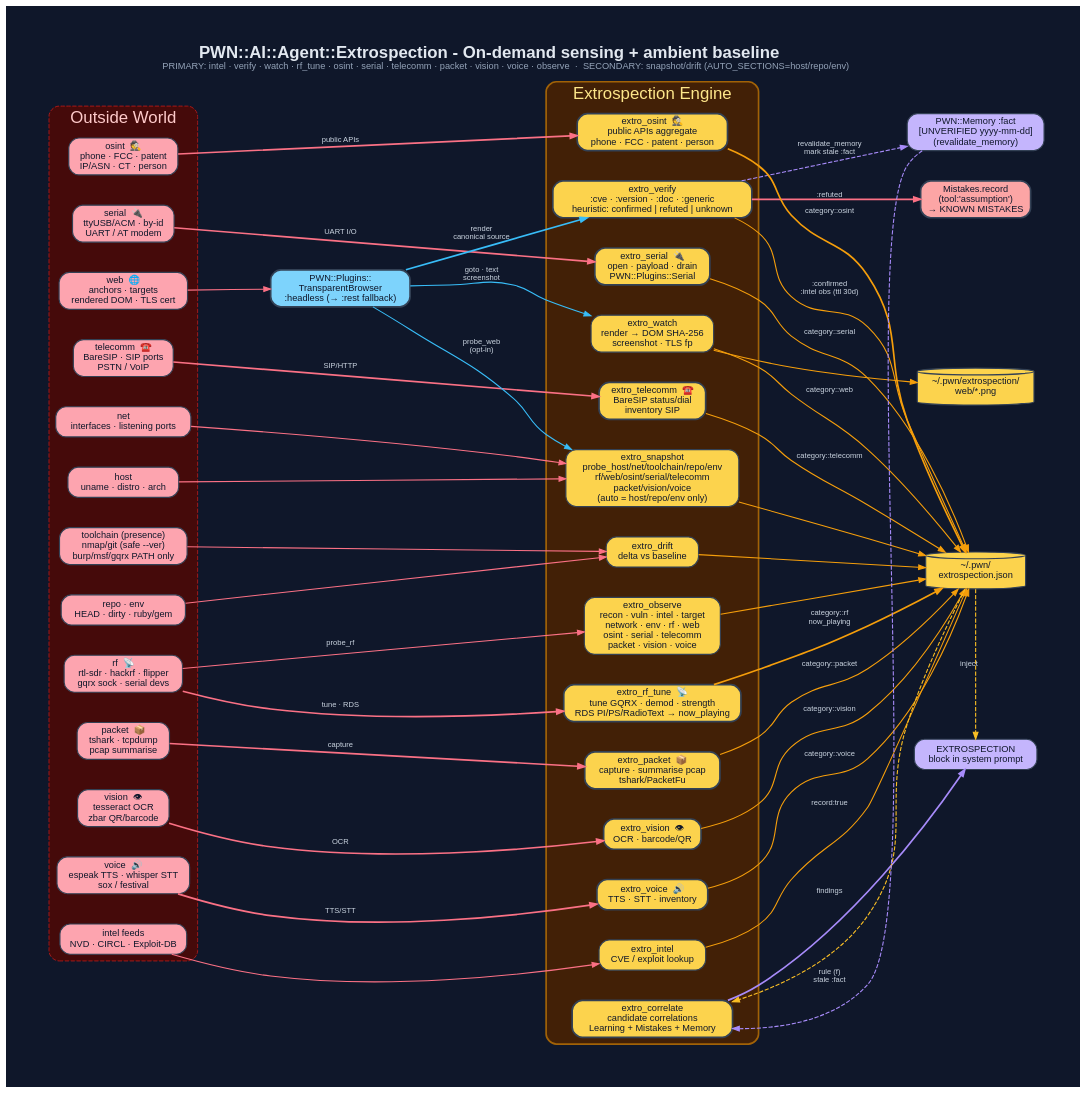
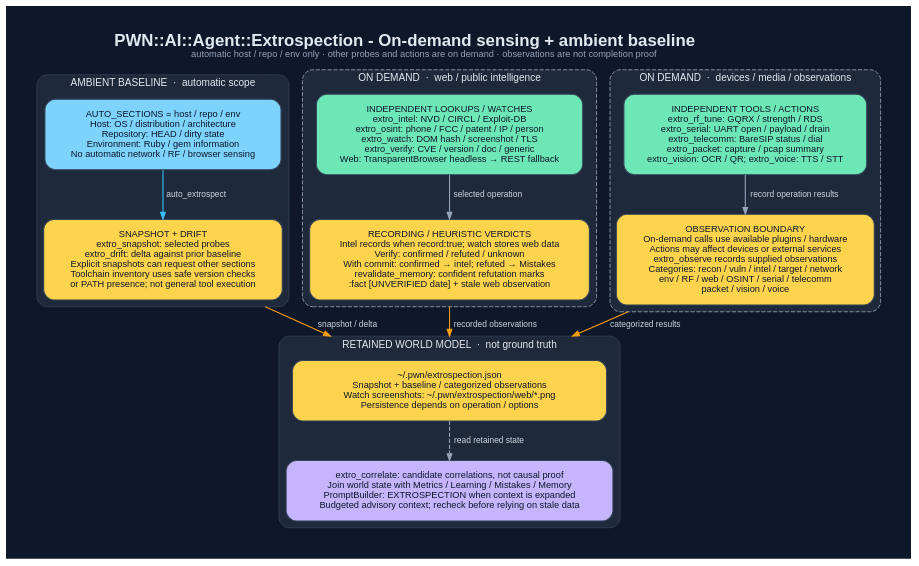
Before and after one commit to 0dayInc/pwn: the diagram in documentation/diagrams/dot/extrospection-world-awareness.dot, drawn with Graphviz. The commit also changed 12 other files, not shown here.

```diff
--- a/documentation/diagrams/dot/extrospection-world-awareness.dot
+++ b/documentation/diagrams/dot/extrospection-world-awareness.dot
@@ -1,105 +1,50 @@
 digraph "PWN_Extrospection" {
   graph [
-    label=<<B>PWN::AI::Agent::Extrospection - On-demand sensing + ambient baseline</B><BR/><FONT POINT-SIZE="11" COLOR="#94a3b8">PRIMARY: intel · verify · watch · rf_tune · osint · serial · telecomm · packet · vision · voice · observe  ·  SECONDARY: snapshot/drift (AUTO_SECTIONS=host/repo/env)</FONT>>,
+    label=<<B>PWN::AI::Agent::Extrospection - On-demand sensing + ambient baseline</B><BR/><FONT POINT-SIZE="11" COLOR="#94a3b8">automatic host / repo / env only · other probes and actions are on demand · observations are not completion proof</FONT>>,
     labelloc=t, fontsize=20, fontname="Helvetica",
-    rankdir=LR, splines=spline, nodesep=0.5, ranksep=1.3,
-    bgcolor="#0f172a", fontcolor="#e2e8f0", pad=0.6, newrank=true
+    rankdir=TB, splines=polyline, nodesep=0.45, ranksep=0.5,
+    bgcolor="#0f172a", fontcolor="#e2e8f0", pad=0.4, newrank=true, compound=true
   ];
   node [fontname="Helvetica", fontsize=11, style="filled,rounded",
-        shape=box, penwidth=1.4, color="#334155", fontcolor="#0f172a"];
-  edge [fontname="Helvetica", fontsize=9, color="#94a3b8",
+        shape=box, penwidth=1.3, color="#334155", fontcolor="#0f172a",
+        fillcolor="#fcd34d", margin="0.22,0.16", width=3.8];
+  edge [fontname="Helvetica", fontsize=10, color="#94a3b8",
         fontcolor="#cbd5e1", penwidth=1.3, arrowsize=0.8];
 
-  /* col 0 ─ world */
-  subgraph cluster_world {
-    label="Outside World"; fontcolor="#fecaca"; style="rounded,dashed";
-    color="#b91c1c"; bgcolor="#450a0a";
-    Host  [label="host\nuname · distro · arch",       fillcolor="#fda4af"];
-    Net   [label="net\ninterfaces · listening ports", fillcolor="#fda4af"];
-    Tool  [label="toolchain (presence)\nnmap/git (safe --ver)\nburp/msf/gqrx PATH only", fillcolor="#fda4af"];
-    Repo  [label="repo · env\nHEAD · dirty · ruby/gem", fillcolor="#fda4af"];
-    RFhw  [label="rf  📡\nrtl-sdr · hackrf · flipper\ngqrx sock · serial devs", fillcolor="#fda4af"];
-    Web   [label="web  🌐\nanchors · targets\nrendered DOM · TLS cert", fillcolor="#fda4af"];
-    Feeds [label="intel feeds\nNVD · CIRCL · Exploit-DB", fillcolor="#fda4af"];
-    OSINT [label="osint  🕵️\nphone · FCC · patent\nIP/ASN · CT · person", fillcolor="#fda4af"];
-    Serial[label="serial  🔌\nttyUSB/ACM · by-id\nUART / AT modem", fillcolor="#fda4af"];
-    Telco [label="telecomm  ☎️\nBareSIP · SIP ports\nPSTN / VoIP", fillcolor="#fda4af"];
-    Pkt   [label="packet  📦\ntshark · tcpdump\npcap summarise", fillcolor="#fda4af"];
-    Vis   [label="vision  👁\ntesseract OCR\nzbar QR/barcode", fillcolor="#fda4af"];
-    Voice [label="voice  🔊\nespeak TTS · whisper STT\nsox / festival", fillcolor="#fda4af"];
+  subgraph cluster_auto {
+    label="AMBIENT BASELINE  ·  automatic scope"; fontsize=12;
+    style="rounded,filled"; color="#334155"; fillcolor="#1e293b";
+    Baseline [fillcolor="#7dd3fc", label="AUTO_SECTIONS = host / repo / env\nHost: OS / distribution / architecture\nRepository: HEAD / dirty state\nEnvironment: Ruby / gem information\nNo automatic network / RF / browser sensing"];
+    Snapshot [label="SNAPSHOT + DRIFT\nextro_snapshot: selected probes\nextro_drift: delta against prior baseline\nExplicit snapshots can request other sections\nToolchain inventory uses safe version checks\nor PATH presence; not general tool execution"];
+    Baseline -> Snapshot [label="auto_extrospect", color="#38bdf8"];
   }
-  {rank=same; Host; Net; Tool; Repo; RFhw; Web; Feeds; OSINT; Serial; Telco; Pkt; Vis; Voice}
 
-  /* col 0.5 ─ transport */
-  TB [label="PWN::Plugins::\nTransparentBrowser\n:headless (→ :rest fallback)",
-      fillcolor="#7dd3fc", penwidth=2];
+  subgraph cluster_web {
+    label="ON DEMAND  ·  web / public intelligence"; fontsize=12;
+    style="rounded,dashed,filled"; color="#94a3b8"; fillcolor="#1e293b";
+    Web [fillcolor="#6ee7b7", label="INDEPENDENT LOOKUPS / WATCHES\nextro_intel: NVD / CIRCL / Exploit-DB\nextro_osint: phone / FCC / patent / IP / person\nextro_watch: DOM hash / screenshot / TLS\nextro_verify: CVE / version / doc / generic\nWeb: TransparentBrowser headless → REST fallback"];
+    Verdict [label="RECORDING / HEURISTIC VERDICTS\nIntel records when record:true; watch stores web data\nVerify: confirmed / refuted / unknown\nWith commit: confirmed → intel; refuted → Mistakes\nrevalidate_memory: confident refutation marks\n:fact [UNVERIFIED date] + stale web observation"];
+    Web -> Verdict [label="selected operation"];
+  }
 
-  /* col 1 ─ engine */
-  subgraph cluster_eng {
-    label="Extrospection Engine"; fontcolor="#fde68a"; style=rounded;
-    color="#a16207"; bgcolor="#422006"; penwidth=2;
-    Snap  [label="extro_snapshot\nprobe_host/net/toolchain/repo/env\nrf/web/osint/serial/telecomm\npacket/vision/voice\n(auto = host/repo/env only)", fillcolor="#fcd34d"];
-    Drift [label="extro_drift\ndelta vs baseline",     fillcolor="#fcd34d"];
-    Obs   [label="extro_observe\nrecon · vuln · intel · target\nnetwork · env · rf · web\nosint · serial · telecomm\npacket · vision · voice", fillcolor="#fcd34d"];
-    Intel [label="extro_intel\nCVE / exploit lookup",  fillcolor="#fcd34d"];
-    Watch [label="extro_watch\nrender → DOM SHA-256\nscreenshot · TLS fp", fillcolor="#fcd34d"];
-    Verify[label="extro_verify\n:cve · :version · :doc · :generic\nheuristic: confirmed | refuted | unknown", fillcolor="#fcd34d", penwidth=2];
-    RFTune[label="extro_rf_tune  📡\ntune GQRX · demod · strength\nRDS PI/PS/RadioText → now_playing", fillcolor="#fcd34d", penwidth=2];
-    OsintT[label="extro_osint  🕵️\npublic APIs aggregate\nphone · FCC · patent · person", fillcolor="#fcd34d", penwidth=2];
-    SerT  [label="extro_serial  🔌\nopen · payload · drain\nPWN::Plugins::Serial", fillcolor="#fcd34d", penwidth=2];
-    TelT  [label="extro_telecomm  ☎️\nBareSIP status/dial\ninventory SIP", fillcolor="#fcd34d", penwidth=2];
-    PktT  [label="extro_packet  📦\ncapture · summarise pcap\ntshark/PacketFu", fillcolor="#fcd34d", penwidth=2];
-    VisT  [label="extro_vision  👁\nOCR · barcode/QR", fillcolor="#fcd34d", penwidth=2];
-    VoxT  [label="extro_voice  🔊\nTTS · STT · inventory", fillcolor="#fcd34d", penwidth=2];
-    Corr  [label="extro_correlate\ncandidate correlations\nLearning + Mistakes + Memory", fillcolor="#fcd34d", penwidth=2];
+  subgraph cluster_sense {
+    label="ON DEMAND  ·  devices / media / observations"; fontsize=12;
+    style="rounded,dashed,filled"; color="#94a3b8"; fillcolor="#1e293b";
+    Sense [fillcolor="#6ee7b7", label="INDEPENDENT TOOLS / ACTIONS\nextro_rf_tune: GQRX / strength / RDS\nextro_serial: UART open / payload / drain\nextro_telecomm: BareSIP status / dial\nextro_packet: capture / pcap summary\nextro_vision: OCR / QR; extro_voice: TTS / STT"];
+    Observe [label="OBSERVATION BOUNDARY\nOn-demand calls use available plugins / hardware\nActions may affect devices or external services\nextro_observe records supplied observations\nCategories: recon / vuln / intel / target / network\nenv / RF / web / OSINT / serial / telecomm\npacket / vision / voice"];
+    Sense -> Observe [label="record operation results"];
   }
-  {rank=same; Snap; Drift; Obs; Intel; Watch; Verify; RFTune; OsintT; SerT; TelT; PktT; VisT; VoxT; Corr}
+  {rank=same; Baseline; Web; Sense}
+  {rank=same; Snapshot; Verdict; Observe}
 
-  /* col 2 ─ store + prompt + feedback sinks */
-  Store  [label="~/.pwn/\nextrospection.json", shape=cylinder, fillcolor="#fcd34d"];
-  Shots  [label="~/.pwn/extrospection/\nweb/*.png", shape=cylinder, fillcolor="#fcd34d"];
-  Prompt [label="EXTROSPECTION\nblock in system prompt", fillcolor="#c4b5fd"];
-  Mist   [label="Mistakes.record\n(tool:'assumption')\n→ KNOWN MISTAKES", fillcolor="#fca5a5", penwidth=2];
-  Mem    [label="PWN::Memory :fact\n[UNVERIFIED yyyy-mm-dd]\n(revalidate_memory)", fillcolor="#c4b5fd"];
-  {rank=same; Store; Shots; Prompt; Mist; Mem}
-
-  Host  -> Snap  [color="#fb7185"];
-  Net   -> Snap  [color="#fb7185"];
-  Tool  -> Drift [color="#fb7185"];
-  Repo  -> Drift [color="#fb7185"];
-  RFhw  -> Obs   [label="probe_rf", color="#fb7185"];
-  RFhw  -> RFTune[label="tune · RDS", color="#fb7185", penwidth=2];
-  Feeds -> Intel [color="#fb7185"];
-
-  Web   -> TB    [color="#fb7185"];
-  TB    -> Snap  [label="probe_web\n(opt-in)", color="#38bdf8"];
-  TB    -> Watch [label="goto · text\nscreenshot", color="#38bdf8"];
-  TB    -> Verify[label="render\ncanonical source", color="#38bdf8", penwidth=2];
-
-  Snap  -> Store [color="#f59e0b"];
-  Drift -> Store [color="#f59e0b"];
-  Obs   -> Store [color="#f59e0b"];
-  Intel -> Store [label="record:true", color="#f59e0b"];
-  Watch -> Store [label="category::web", color="#f59e0b"];
-  Watch -> Shots [color="#f59e0b"];
-  RFTune-> Store [label="category::rf\nnow_playing", color="#f59e0b", penwidth=2];
-  OSINT -> OsintT[label="public APIs", color="#fb7185", penwidth=2];
-  Serial-> SerT  [label="UART I/O", color="#fb7185", penwidth=2];
-  Telco -> TelT  [label="SIP/HTTP", color="#fb7185", penwidth=2];
-  Pkt   -> PktT  [label="capture", color="#fb7185", penwidth=2];
-  Vis   -> VisT  [label="OCR", color="#fb7185", penwidth=2];
-  Voice -> VoxT  [label="TTS/STT", color="#fb7185", penwidth=2];
-  OsintT-> Store [label="category::osint", color="#f59e0b", penwidth=2];
-  SerT  -> Store [label="category::serial", color="#f59e0b"];
-  TelT  -> Store [label="category::telecomm", color="#f59e0b"];
-  PktT  -> Store [label="category::packet", color="#f59e0b"];
-  VisT  -> Store [label="category::vision", color="#f59e0b"];
-  VoxT  -> Store [label="category::voice", color="#f59e0b"];
-  Verify-> Mist  [label=":refuted", color="#fb7185", penwidth=2];
-  Verify-> Store [label=":confirmed\n:intel obs (ttl 30d)", color="#f59e0b"];
-  Verify-> Mem   [label="revalidate_memory\nmark stale :fact", color="#a78bfa", style=dashed];
-  Corr  -> Prompt[label="findings", color="#a78bfa", penwidth=2];
-  Store -> Prompt[label="inject", style=dashed, color="#fbbf24"];
-  Store -> Corr  [style=dashed, color="#fbbf24", constraint=false];
-  Mem   -> Corr  [label="rule (f)\nstale :fact", style=dashed, color="#a78bfa", constraint=false];
+  subgraph cluster_retention {
+    label="RETAINED WORLD MODEL  ·  not ground truth"; fontsize=12;
+    style="rounded,filled"; color="#334155"; fillcolor="#1e293b";
+    Store [label="~/.pwn/extrospection.json\nSnapshot + baseline / categorized observations\nWatch screenshots: ~/.pwn/extrospection/web/*.png\nPersistence depends on operation / options", width=5.2];
+    Context [fillcolor="#c4b5fd", label="extro_correlate: candidate correlations, not causal proof\nJoin world state with Metrics / Learning / Mistakes / Memory\nPromptBuilder: EXTROSPECTION when context is expanded\nBudgeted advisory context; recheck before relying on stale data", width=5.2];
+    Store -> Context [label="read retained state", style=dashed];
+  }
+  Snapshot -> Store [ltail=cluster_auto, lhead=cluster_retention, label="snapshot / delta", color="#f59e0b"];
+  Verdict -> Store [ltail=cluster_web, lhead=cluster_retention, label="recorded observations", color="#f59e0b"];
+  Observe -> Store [ltail=cluster_sense, lhead=cluster_retention, label="categorized results", color="#f59e0b"];
 }
```
